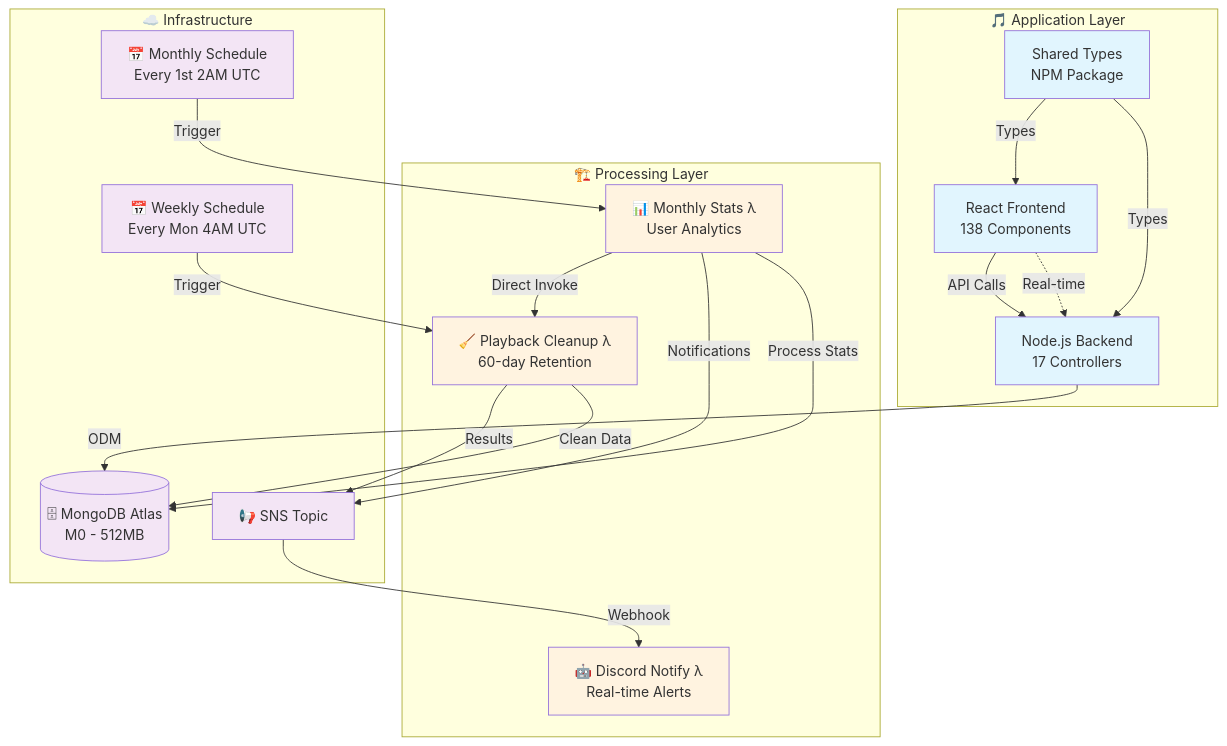
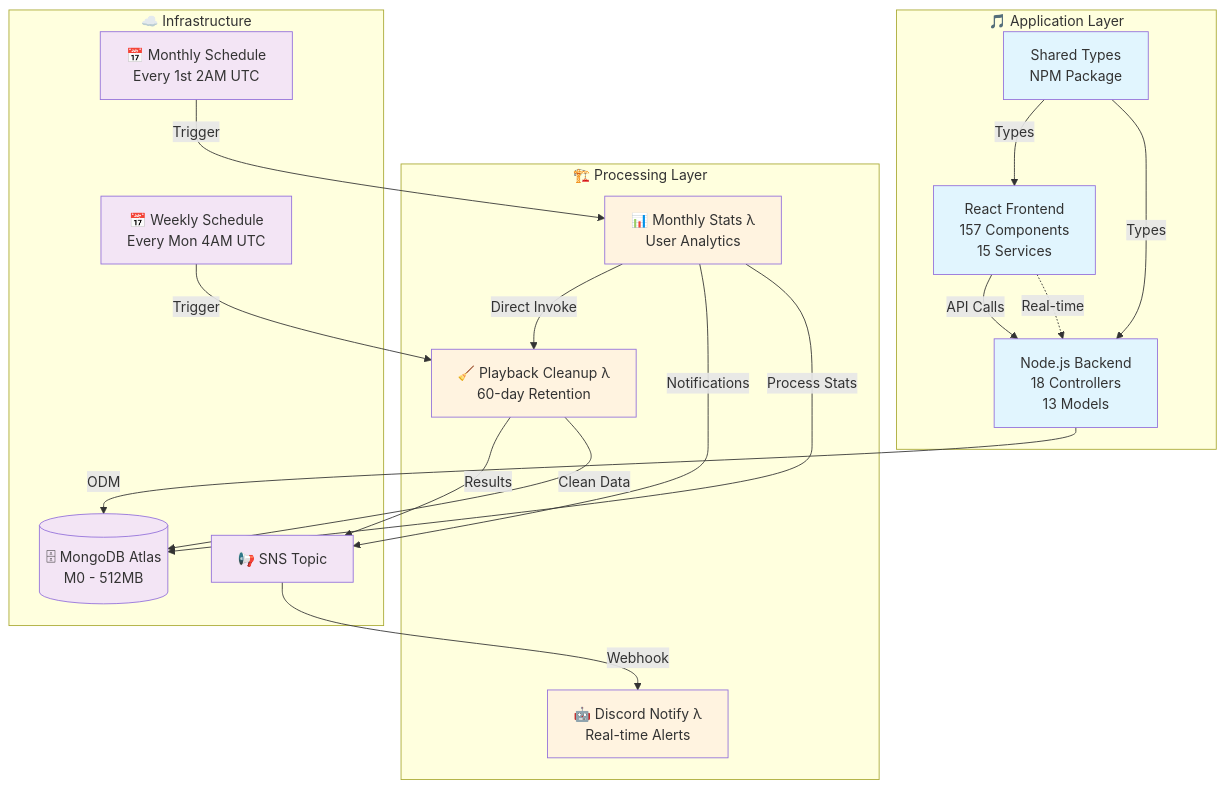
One commit to JIAN11442/joytify-app changed the diagram in README.md. Above: the diagram before and after it, drawn with Mermaid. The commit also changed other lines of this file, not shown here.

````diff
--- a/README.md
+++ b/README.md
@@ -124,48 +122,48 @@
 ```mermaid
 graph TB
     subgraph "🎵 Application Layer"
-        FE[React Frontend<br/>138 Components]
-        BE[Node.js Backend<br/>17 Controllers]
+        FE[React Frontend<br/>157 Components<br/>15 Services]
+        BE[Node.js Backend<br/>18 Controllers<br/>13 Models]
         ST[Shared Types<br/>NPM Package]
     end
 
     subgraph "🏗️ Processing Layer"
         ML[📊 Monthly Stats λ<br/>User Analytics]
         CL[🧹 Playback Cleanup λ<br/>60-day Retention]
         DL[🤖 Discord Notify λ<br/>Real-time Alerts]
     end
 
     subgraph "☁️ Infrastructure"
         CW1[📅 Monthly Schedule<br/>Every 1st 2AM UTC]
         CW2[📅 Weekly Schedule<br/>Every Mon 4AM UTC]
         SNS[📢 SNS Topic]
         DB[(🗄 MongoDB Atlas<br/>M0 - 512MB)]
     end
 
     %% Application Layer
     FE -->|API Calls| BE
     FE -.->|Real-time| BE
     BE -->|ODM| DB
     ST -->|Types| FE
     ST -->|Types| BE
 
     %% Infrastructure to Processing
     CW1 -->|Trigger| ML
     CW2 -->|Trigger| CL
     ML -->|Direct Invoke| CL
     ML -->|Notifications| SNS
     CL -->|Results| SNS
     SNS -->|Webhook| DL
 
     %% Data flows
     ML -->|Process Stats| DB
     CL -->|Clean Data| DB
 
     classDef app fill:#e1f5fe
     classDef lambda fill:#fff3e0
     classDef infra fill:#f3e5f5
 
     class FE,BE,ST app
     class ML,CL,DL lambda
     class CW1,CW2,SNS,DB infra
 ```
````
